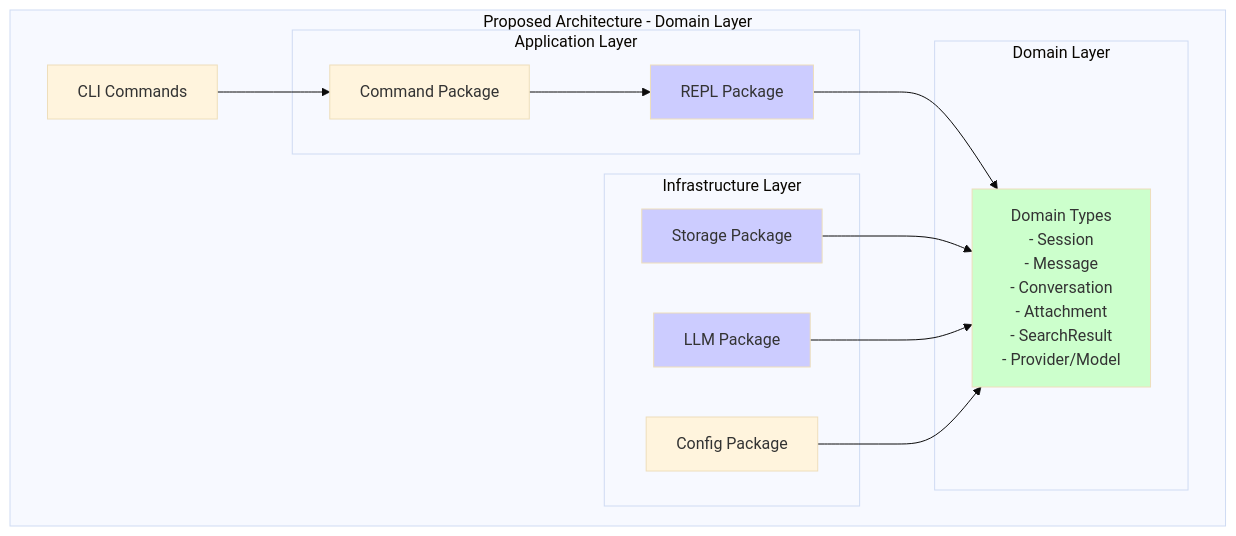
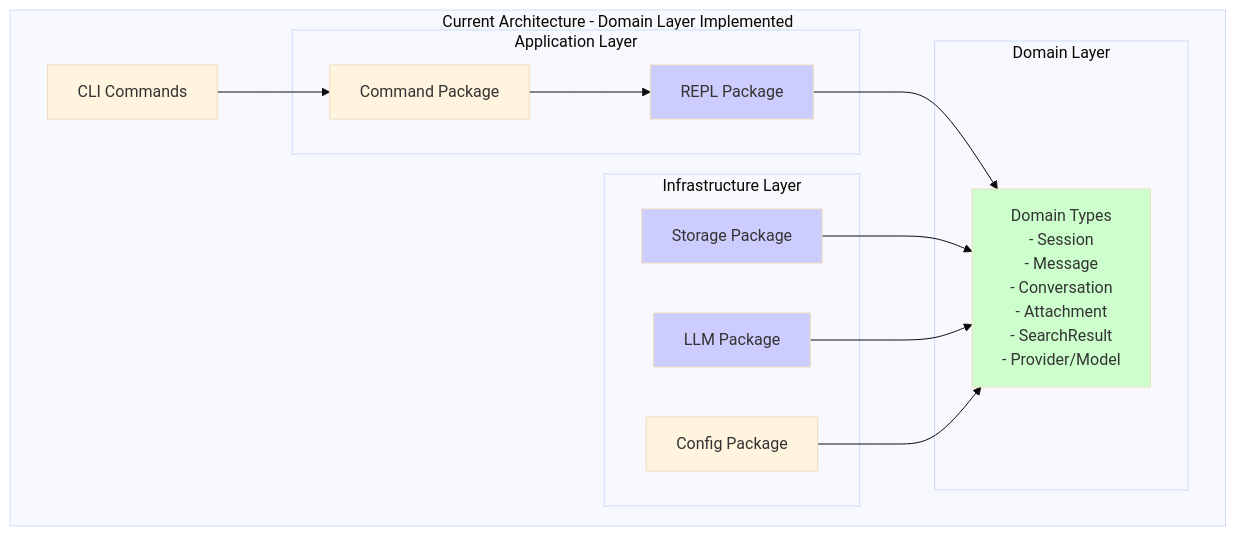
The diagram in docs/technical/domain-layer-architecture.md (lexlapax/magellai), drawn with Mermaid (base theme) before and after one commit. The commit also changed other lines of this file and 46 other files, not shown here.

````diff
--- a/docs/technical/domain-layer-architecture.md
+++ b/docs/technical/domain-layer-architecture.md
@@ -36,33 +23,33 @@
 ```mermaid
 graph TB
-    subgraph "Proposed Architecture - Domain Layer"
+    subgraph "Current Architecture - Domain Layer Implemented"
         CLI[CLI Commands]
         
         subgraph "Application Layer"
             REPL[REPL Package]
             Commands[Command Package]
         end
         
         subgraph "Domain Layer"
             Domain["Domain Types<br/>- Session<br/>- Message<br/>- Conversation<br/>- Attachment<br/>- SearchResult<br/>- Provider/Model"]
         end
         
         subgraph "Infrastructure Layer"
             Storage[Storage Package]
             LLM[LLM Package]
             Config[Config Package]
         end
         
         CLI --> Commands
         Commands --> REPL
         REPL --> Domain
         Storage --> Domain
         LLM --> Domain
         Config --> Domain
         
         style Domain fill:#ccffcc
         style REPL fill:#ccccff
         style Storage fill:#ccccff
         style LLM fill:#ccccff
     end
 ```
````
